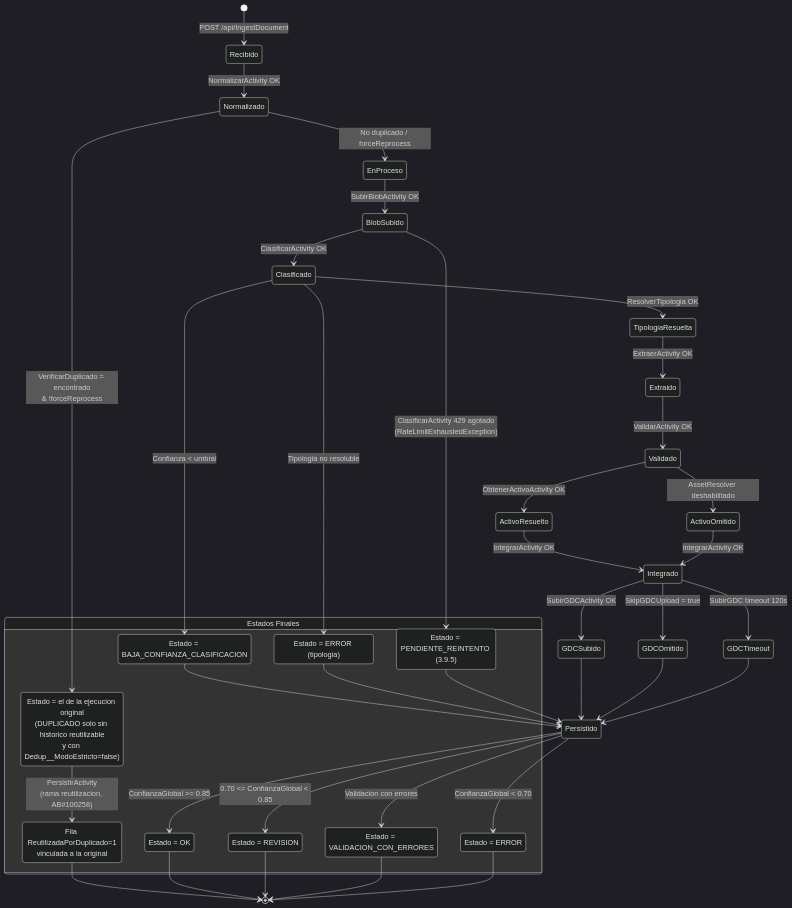
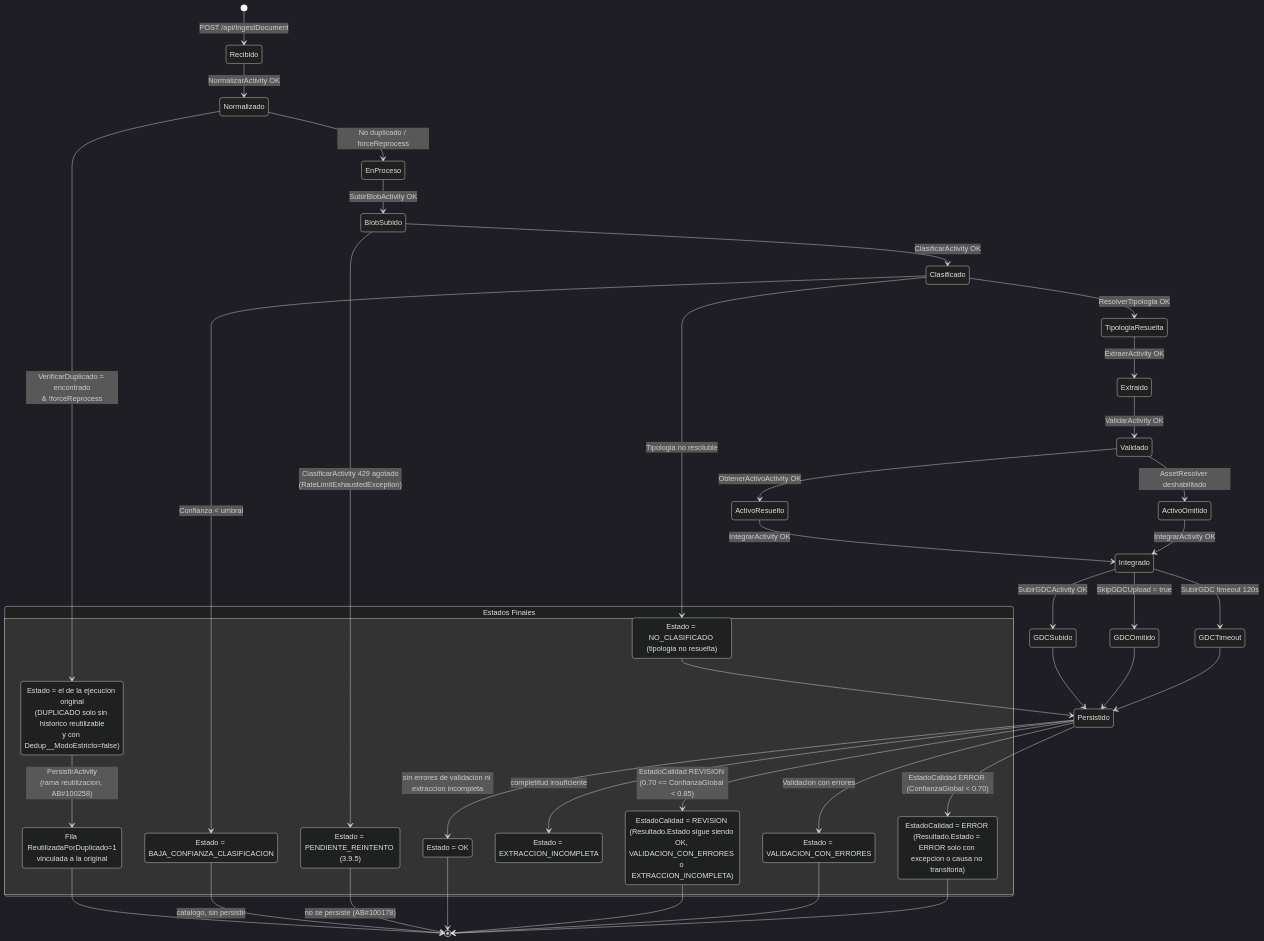
Diagram 11 of 11 in docs/03_DISENO_TECNICO_DETALLADO.md (nvcrisologo02/AI-DocClassExt), drawn with Mermaid (dark theme) before and after one commit. The commit also changed other lines of this file and 21 other files, not shown here.

````diff
--- a/docs/03_DISENO_TECNICO_DETALLADO.md
+++ b/docs/03_DISENO_TECNICO_DETALLADO.md
@@ -1483,58 +1355,60 @@
 ```mermaid
 stateDiagram-v2
     [*] --> Recibido : POST /api/IngestDocument
 
     Recibido --> Normalizado : NormalizarActivity OK
 
     Normalizado --> Duplicado : VerificarDuplicado = encontrado<br/>& !forceReprocess
     Normalizado --> EnProceso : No duplicado / forceReprocess
 
     EnProceso --> BlobSubido : SubirBlobActivity OK
     BlobSubido --> Clasificado : ClasificarActivity OK
     BlobSubido --> RateLimitAgotado : ClasificarActivity 429 agotado<br/>(RateLimitExhaustedException)
 
     Clasificado --> BajaConfianza : Confianza < umbral
     Clasificado --> TipologiaResuelta : ResolverTipologia OK
     Clasificado --> ErrorTipologia : Tipologia no resoluble
 
     TipologiaResuelta --> Extraido : ExtraerActivity OK
     Extraido --> Validado : ValidarActivity OK
     Validado --> ActivoResuelto : ObtenerActivoActivity OK
     Validado --> ActivoOmitido : AssetResolver deshabilitado
     ActivoResuelto --> Integrado : IntegrarActivity OK
     ActivoOmitido --> Integrado : IntegrarActivity OK
     Integrado --> GDCSubido : SubirGDCActivity OK
     Integrado --> GDCOmitido : SkipGDCUpload = true
     Integrado --> GDCTimeout : SubirGDC timeout 120s
 
     GDCSubido --> Persistido
     GDCOmitido --> Persistido
     GDCTimeout --> Persistido
 
-    Persistido --> OK : ConfianzaGlobal >= 0.85
-    Persistido --> Revision : 0.70 <= ConfianzaGlobal < 0.85
+    Persistido --> OK : sin errores de validacion ni extraccion incompleta
     Persistido --> ValidacionConErrores : Validacion con errores
-    Persistido --> ErrorEstado : ConfianzaGlobal < 0.70
+    Persistido --> ExtraccionIncompleta : completitud insuficiente
+    Persistido --> Revision : EstadoCalidad REVISION (0.70 <= ConfianzaGlobal < 0.85)
+    Persistido --> ErrorEstado : EstadoCalidad ERROR (ConfianzaGlobal < 0.70)
 
     Duplicado --> ReutilizacionRegistrada : PersistirActivity<br/>(rama reutilizacion, AB#100258)
     ReutilizacionRegistrada --> [*]
-    BajaConfianza --> Persistido
+    BajaConfianza --> [*] : catalogo, sin persistir
     ErrorTipologia --> Persistido
-    RateLimitAgotado --> Persistido
+    RateLimitAgotado --> [*] : no se persiste (AB#100178)
     OK --> [*]
     Revision --> [*]
     ValidacionConErrores --> [*]
     ErrorEstado --> [*]
 
     state "Estados Finales" as finals {
         OK : Estado = OK
-        Revision : Estado = REVISION
+        Revision : EstadoCalidad = REVISION (Resultado.Estado sigue siendo OK, VALIDACION_CON_ERRORES o EXTRACCION_INCOMPLETA)
         ValidacionConErrores : Estado = VALIDACION_CON_ERRORES
+        ExtraccionIncompleta : Estado = EXTRACCION_INCOMPLETA
         BajaConfianza : Estado = BAJA_CONFIANZA_CLASIFICACION
-        ErrorEstado : Estado = ERROR
+        ErrorEstado : EstadoCalidad = ERROR (Resultado.Estado = ERROR solo con excepcion o causa no transitoria)
         Duplicado : Estado = el de la ejecucion original<br/>(DUPLICADO solo sin historico reutilizable<br/>y con Dedup__ModoEstricto=false)
         ReutilizacionRegistrada : Fila ReutilizadaPorDuplicado=1<br/>vinculada a la original
-        ErrorTipologia : Estado = ERROR (tipologia)
+        ErrorTipologia : Estado = NO_CLASIFICADO (tipologia no resuelta)
         RateLimitAgotado : Estado = PENDIENTE_REINTENTO (3.9.5)
     }
 ```
````
